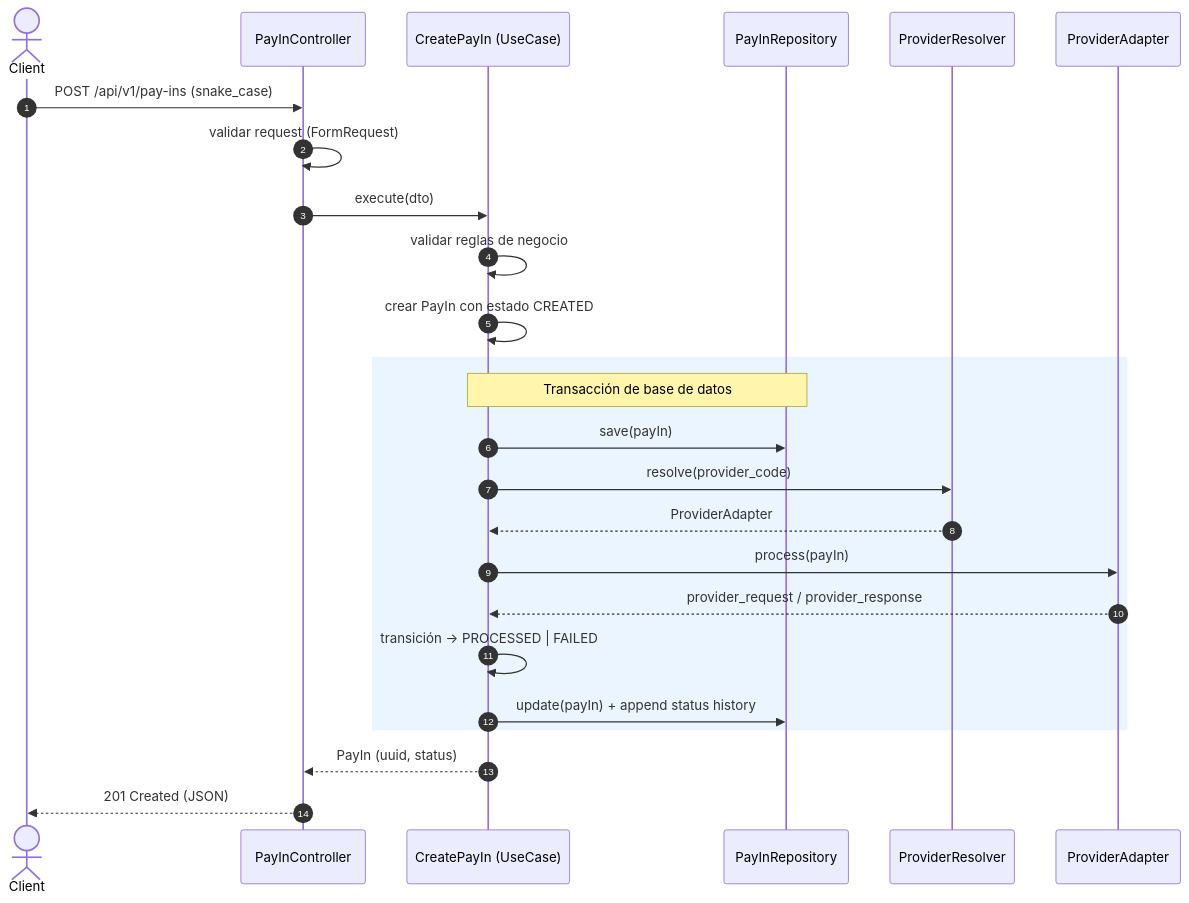
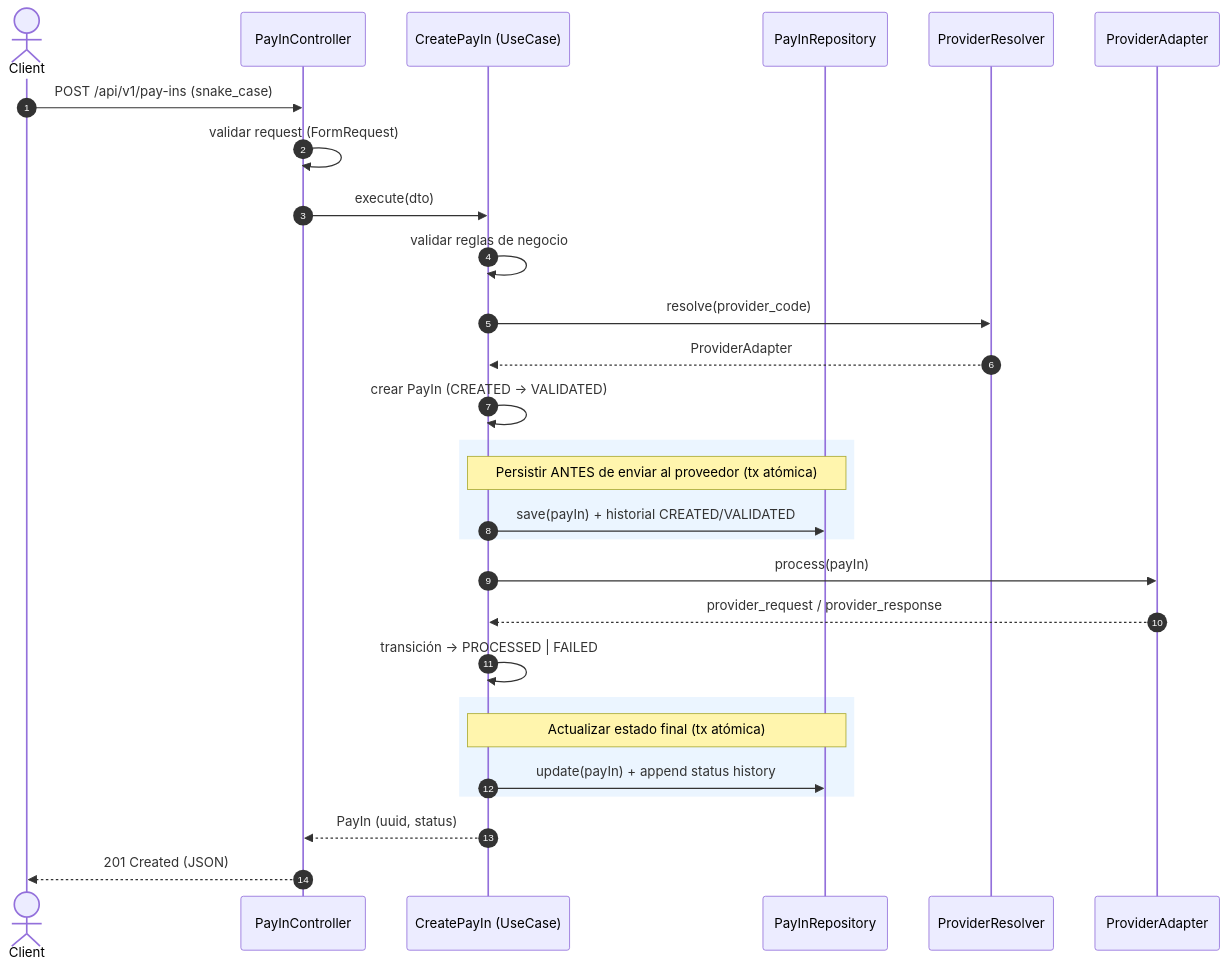
One commit to anheru88/Revolutiva-Challenge changed the diagram in docs/diagrams/sequence.md. Above: the diagram before and after it, drawn with Mermaid. The commit also changed other lines of this file and 5 other files, not shown here.

First line of the commit message:
feat(payin): persist before sending to provider + SQL schema dump

````diff
--- a/docs/diagrams/sequence.md
+++ b/docs/diagrams/sequence.md
@@ -5,31 +5,36 @@
 ```mermaid
 sequenceDiagram
     autonumber
     actor Client
     participant Ctrl as PayInController
     participant UC as CreatePayIn (UseCase)
     participant Repo as PayInRepository
     participant Res as ProviderResolver
     participant Adp as ProviderAdapter
 
     Client->>Ctrl: POST /api/v1/pay-ins (snake_case)
     Ctrl->>Ctrl: validar request (FormRequest)
     Ctrl->>UC: execute(dto)
 
     UC->>UC: validar reglas de negocio
-    UC->>UC: crear PayIn con estado CREATED
+    UC->>Res: resolve(provider_code)
+    Res-->>UC: ProviderAdapter
+    UC->>UC: crear PayIn (CREATED → VALIDATED)
 
     rect rgb(235, 245, 255)
-    note over UC,Repo: Transacción de base de datos
-    UC->>Repo: save(payIn)
-    UC->>Res: resolve(provider_code)
-    Res-->>UC: ProviderAdapter
+    note over UC,Repo: Persistir ANTES de enviar al proveedor (tx atómica)
+    UC->>Repo: save(payIn) + historial CREATED/VALIDATED
+    end
+
     UC->>Adp: process(payIn)
     Adp-->>UC: provider_request / provider_response
     UC->>UC: transición → PROCESSED | FAILED
+
+    rect rgb(235, 245, 255)
+    note over UC,Repo: Actualizar estado final (tx atómica)
     UC->>Repo: update(payIn) + append status history
     end
 
     UC-->>Ctrl: PayIn (uuid, status)
     Ctrl-->>Client: 201 Created (JSON)
 ```
````
